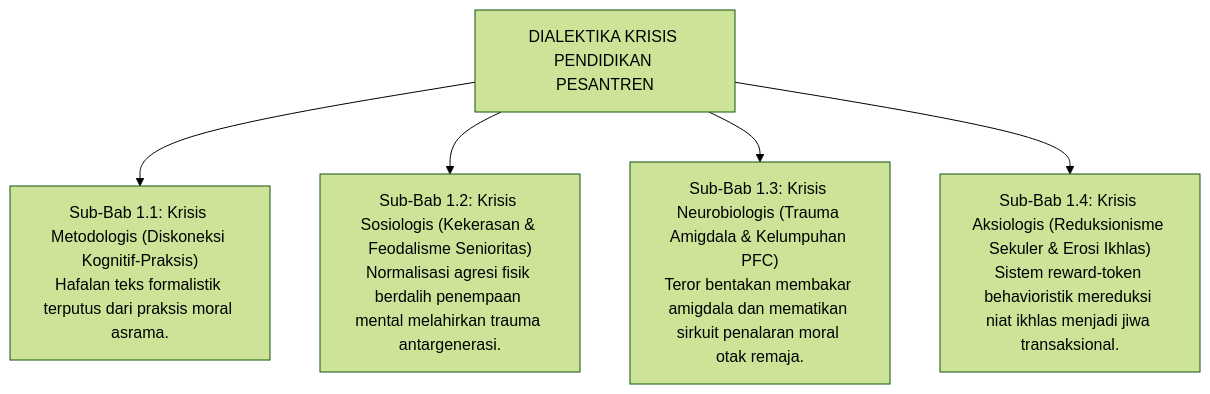
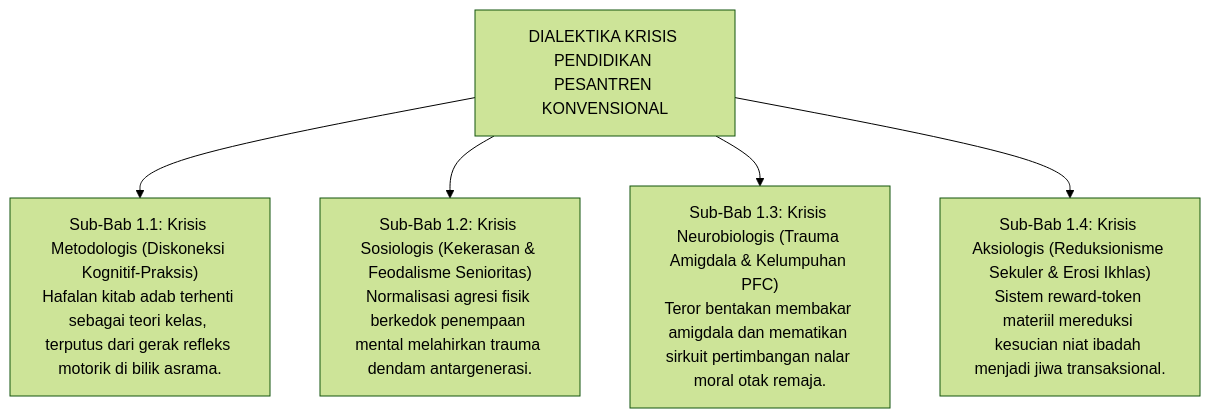
The first of 3 diagrams in BOOK-SERIES/Volume-01/Bab-01-Krisis-Karakter-dan-Urgensi-Rekonstruksi/05-Urgensi-Rekonstruksi-Paradigma-Menuju-TUMBUH.md (wandiapriliyandi/tumbuh), drawn with Mermaid (forest theme) before and after one commit. The commit also changed other lines of this file, not shown here.

Commit message:
docs(bab-1.5): rekonstruksi mendalam sintesis 6 pilar TUMBUH, matriks komparasi paradigma, dan roadmap 5 volume seri buku master

````diff
--- a/BOOK-SERIES/Volume-01/Bab-01-Krisis-Karakter-dan-Urgensi-Rekonstruksi/05-Urgensi-Rekonstruksi-Paradigma-Menuju-TUMBUH.md
+++ b/BOOK-SERIES/Volume-01/Bab-01-Krisis-Karakter-dan-Urgensi-Rekonstruksi/05-Urgensi-Rekonstruksi-Paradigma-Menuju-TUMBUH.md
@@ -14,12 +16,12 @@
 ```mermaid
 graph TD
-    Krisis["DIALEKTIKA KRISIS PENDIDIKAN PESANTREN"]
+    Krisis["DIALEKTIKA KRISIS PENDIDIKAN PESANTREN KONVENSIONAL"]
     
-    Krisis --> K1["Sub-Bab 1.1: Krisis Metodologis (Diskoneksi Kognitif-Praksis)<br/>Hafalan teks formalistik terputus dari praksis moral asrama."]
+    Krisis --> K1["Sub-Bab 1.1: Krisis Metodologis (Diskoneksi Kognitif-Praksis)<br/>Hafalan kitab adab terhenti sebagai teori kelas, terputus dari gerak refleks motorik di bilik asrama."]
     
-    Krisis --> K2["Sub-Bab 1.2: Krisis Sosiologis (Kekerasan & Feodalisme Senioritas)<br/>Normalisasi agresi fisik berdalih penempaan mental melahirkan trauma antargenerasi."]
+    Krisis --> K2["Sub-Bab 1.2: Krisis Sosiologis (Kekerasan & Feodalisme Senioritas)<br/>Normalisasi agresi fisik berkedok penempaan mental melahirkan trauma dendam antargenerasi."]
     
-    Krisis --> K3["Sub-Bab 1.3: Krisis Neurobiologis (Trauma Amigdala & Kelumpuhan PFC)<br/>Teror bentakan membakar amigdala dan mematikan sirkuit penalaran moral otak remaja."]
+    Krisis --> K3["Sub-Bab 1.3: Krisis Neurobiologis (Trauma Amigdala & Kelumpuhan PFC)<br/>Teror bentakan membakar amigdala dan mematikan sirkuit pertimbangan nalar moral otak remaja."]
     
-    Krisis --> K4["Sub-Bab 1.4: Krisis Aksiologis (Reduksionisme Sekuler & Erosi Ikhlas)<br/>Sistem reward-token behavioristik mereduksi niat ikhlas menjadi jiwa transaksional."]
+    Krisis --> K4["Sub-Bab 1.4: Krisis Aksiologis (Reduksionisme Sekuler & Erosi Ikhlas)<br/>Sistem reward-token materiil mereduksi kesucian niat ibadah menjadi jiwa transaksional."]
 ```
````
